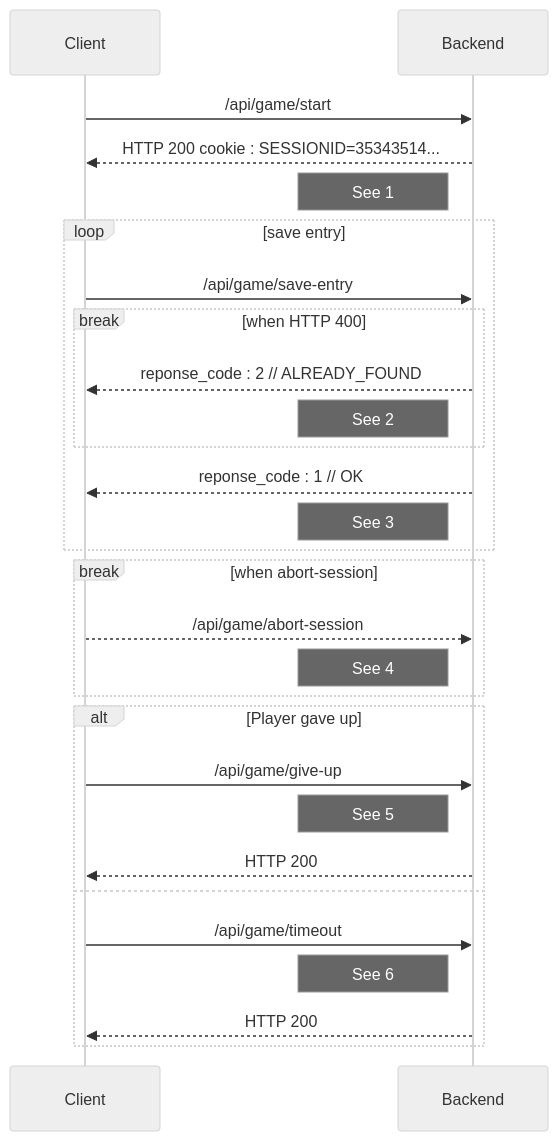
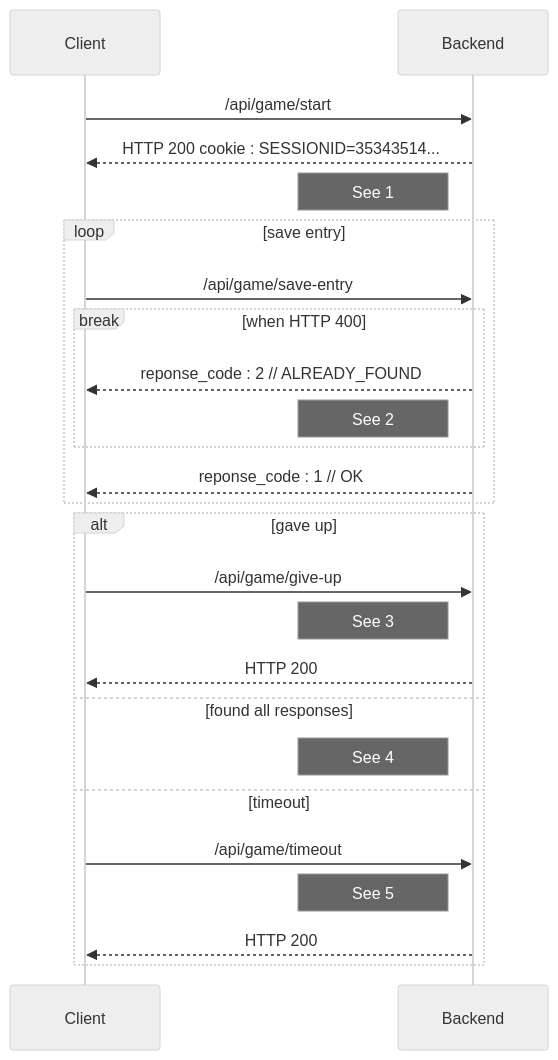
The diagram in docs/backend/routes/game.md (ArnoBidet/wanderways-doc), drawn with Mermaid (neutral theme) before and after one commit. The commit also changed other lines of this file and 1 other file, not shown here.

Commit message:
main[ADD] : Ajout de la fni de la documentation pour le diagramme de séquence de game

````diff
--- a/docs/backend/routes/game.md
+++ b/docs/backend/routes/game.md
@@ -9,31 +9,27 @@
 ```mermaid
 sequenceDiagram
     Client->>Backend: /api/game/start
     Backend-->>Client: HTTP 200 cookie : SESSIONID=35343514...
     Note left of Backend: See 1
 
     loop save entry
         Client->>Backend: /api/game/save-entry
         break when HTTP 400
           Backend-->>Client: reponse_code : 2 // ALREADY_FOUND
             Note left of Backend: See 2
         end
         Backend-->>Client: reponse_code : 1 // OK
-        Note left of Backend: See 3
     end
 
-    break when abort-session
-      Client-->>Backend: /api/game/abort-session
+    alt gave up
+      Client->>Backend: /api/game/give-up
+      Note left of Backend: See 3
+      Backend-->>Client: HTTP 200
+    else found all responses
       Note left of Backend: See 4
-    end
-
-    alt Player gave up
-      Client->>Backend: /api/game/give-up
+    else timeout
+      Client->>Backend: /api/game/timeout
       Note left of Backend: See 5
-      Backend-->>Client: HTTP 200
-    else
-      Client->>Backend: /api/game/timeout
-      Note left of Backend: See 6
       Backend-->>Client: HTTP 200
     end
 ```
````
